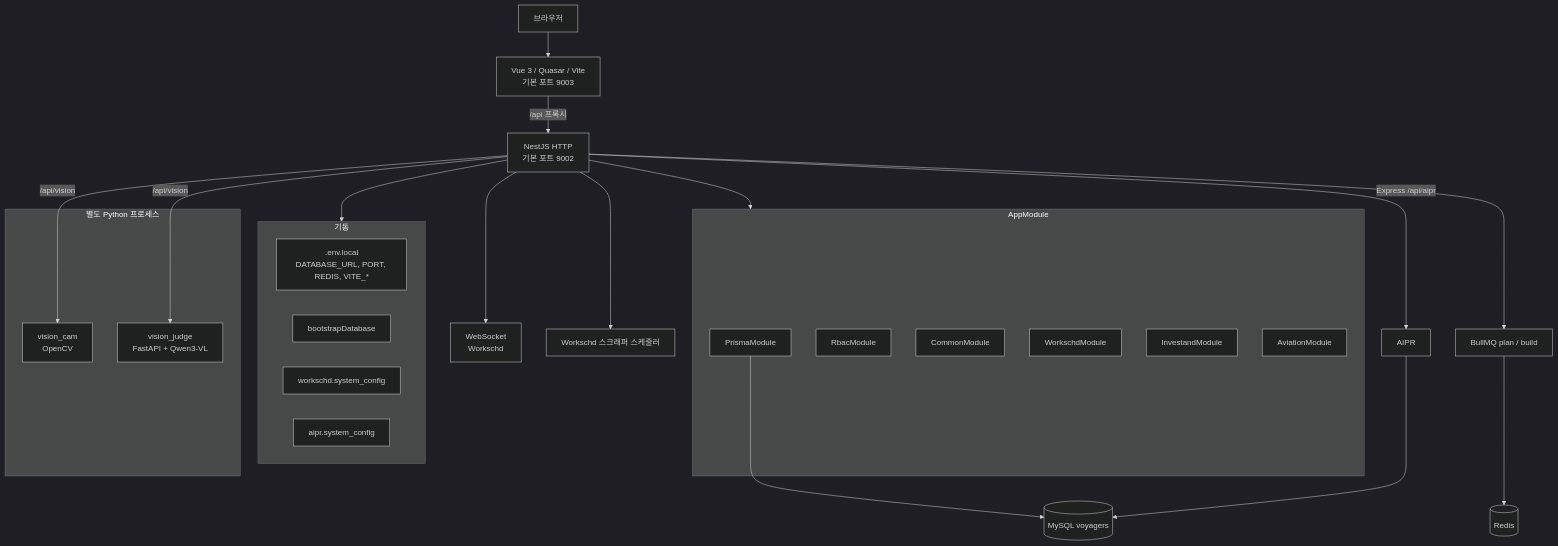
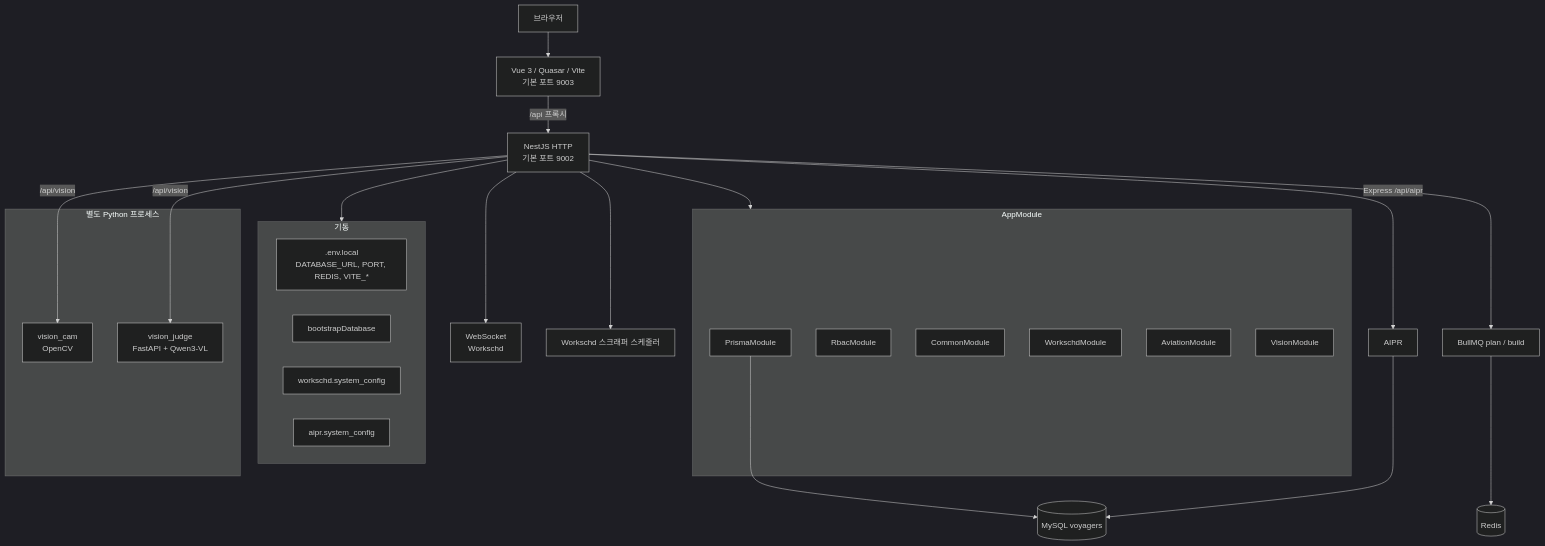
One commit to minssan9/voyagerss changed the first of 7 diagrams in meta/docs/architecture.md. Above: the diagram before and after it, drawn with Mermaid (dark theme). The commit also changed other lines of this file and 397 other files, not shown here.

````diff
--- a/meta/docs/architecture.md
+++ b/meta/docs/architecture.md
@@ -9,46 +9,46 @@
 ```mermaid
 flowchart TB
   browser[브라우저]
   fe["Vue 3 / Quasar / Vite<br/>기본 포트 9003"]
   api["NestJS HTTP<br/>기본 포트 9002"]
 
   browser --> fe
   fe -->|"/api 프록시"| api
 
   subgraph boot [기동]
     env[".env.local<br/>DATABASE_URL, PORT, REDIS, VITE_*"]
     dbboot[bootstrapDatabase]
     cfg["workschd.system_config"]
     aiprcfg["aipr.system_config"]
   end
 
   api --> boot
 
   subgraph app [AppModule]
     prisma[PrismaModule]
     rbac[RbacModule]
     common[CommonModule]
     ws[WorkschdModule]
-    inv[InvestandModule]
     av[AviationModule]
+    vision[VisionModule]
   end
 
   api --> app
   api -->|"Express /api/aipr"| aipr[AIPR]
   api --> wss["WebSocket<br/>Workschd"]
   api --> scraper["Workschd 스크래퍼 스케줄러"]
   api --> workers["BullMQ plan / build"]
   api -->|"/api/vision"| vision_camNode
   api -->|"/api/vision"| vision_judgeNode
 
   mysql[(MySQL voyagers)]
   redis[(Redis)]
   prisma --> mysql
   aipr --> mysql
   workers --> redis
 
   subgraph py [별도 Python 프로세스]
     vision_camNode["vision_cam<br/>OpenCV"]
     vision_judgeNode["vision_judge<br/>FastAPI + Qwen3-VL"]
   end
 ```
````
